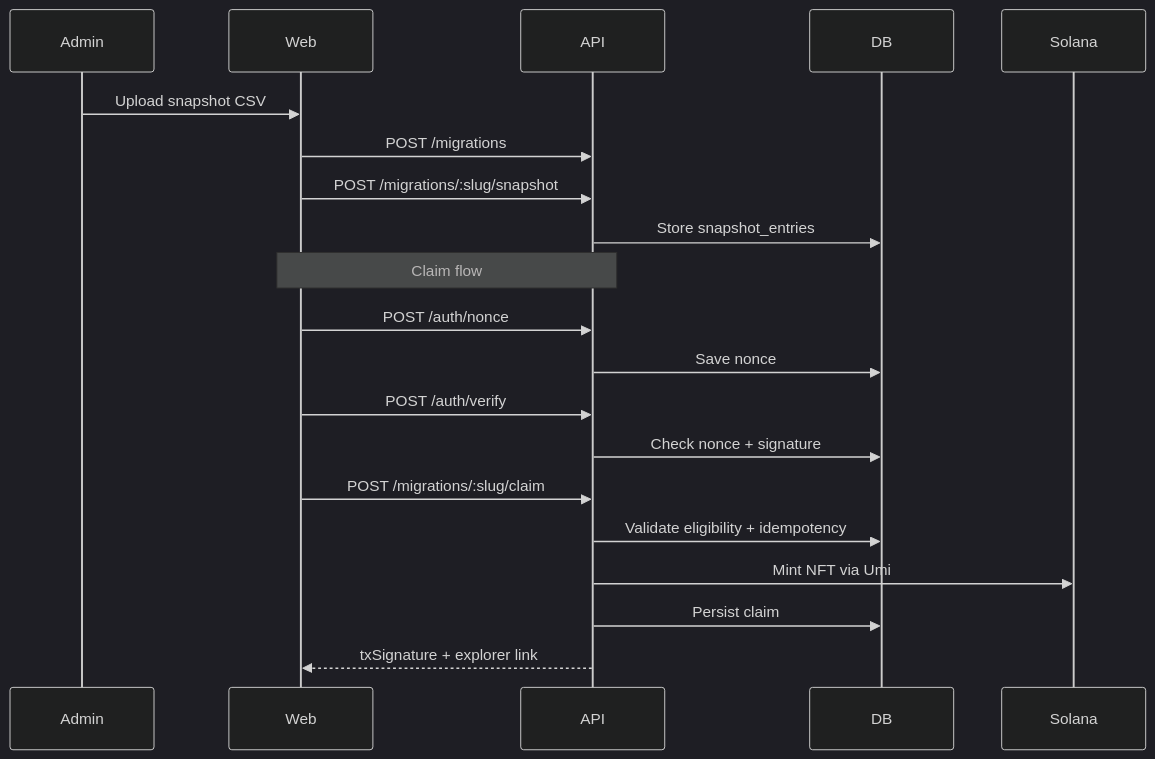
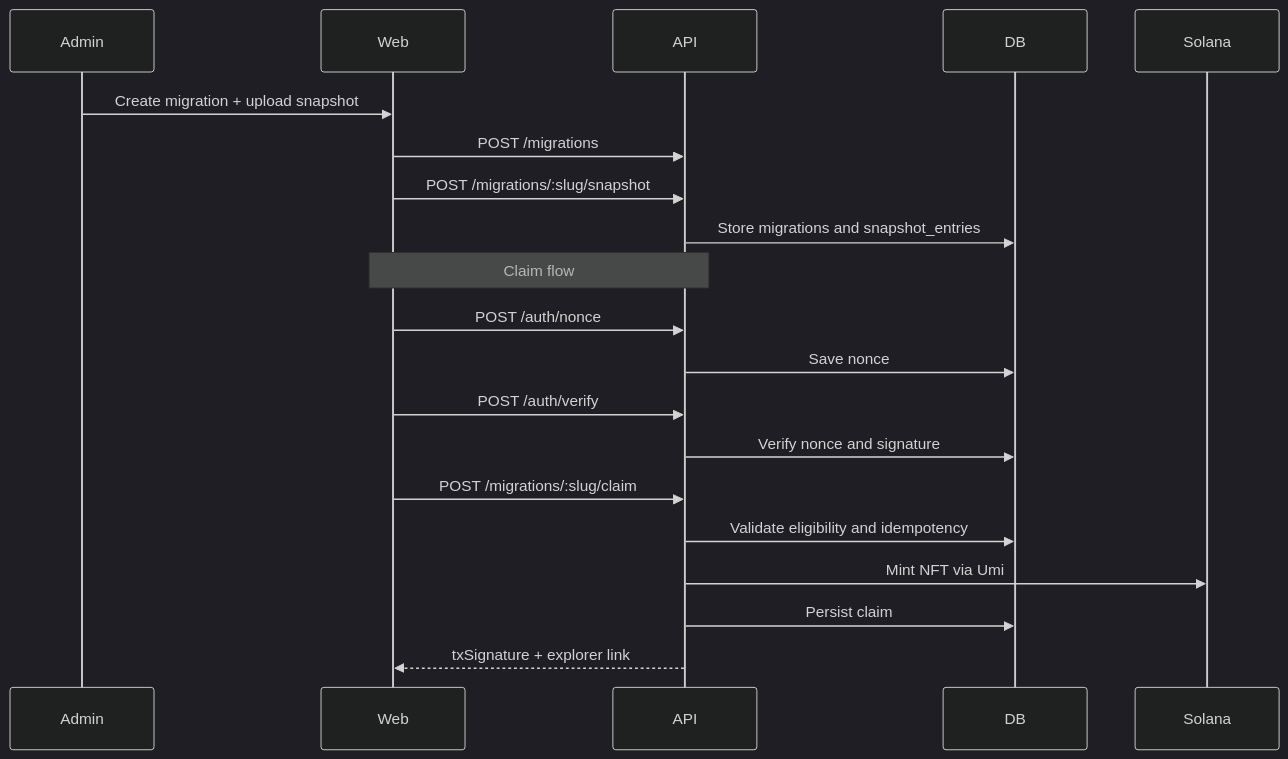
Before and after one commit to femmudas/revivepass: the second of 2 diagrams in README.md, drawn with Mermaid (dark theme). The commit also changed other lines of this file, not shown here.

````diff
--- a/README.md
+++ b/README.md
@@ -44,24 +46,24 @@
 ```mermaid
 sequenceDiagram
   participant Admin
   participant Web
   participant API
   participant DB
   participant Solana
 
-  Admin->>Web: Upload snapshot CSV
+  Admin->>Web: Create migration + upload snapshot
   Web->>API: POST /migrations
   Web->>API: POST /migrations/:slug/snapshot
-  API->>DB: Store snapshot_entries
+  API->>DB: Store migrations and snapshot_entries
 
   Note over Web,API: Claim flow
   Web->>API: POST /auth/nonce
   API->>DB: Save nonce
   Web->>API: POST /auth/verify
-  API->>DB: Check nonce + signature
+  API->>DB: Verify nonce and signature
   Web->>API: POST /migrations/:slug/claim
-  API->>DB: Validate eligibility + idempotency
+  API->>DB: Validate eligibility and idempotency
   API->>Solana: Mint NFT via Umi
   API->>DB: Persist claim
   API-->>Web: txSignature + explorer link
 ```
````
